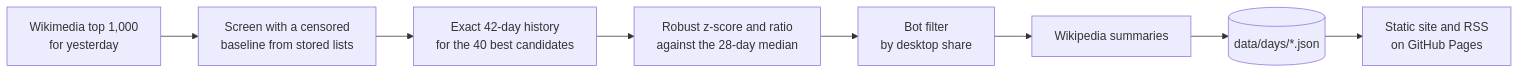
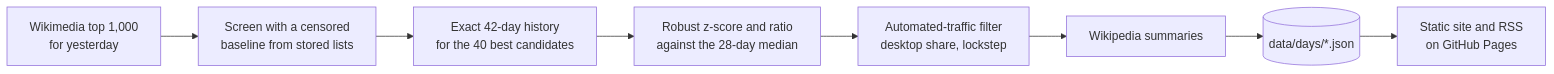
Before and after one commit to NyksNightBender/trend-radar: the diagram in README.md, drawn with Mermaid. The commit also changed other lines of this file and 22 other files, not shown here.

First line of the commit message:
Filter lockstep traffic and retry the API's spurious 404s

````diff
--- a/README.md
+++ b/README.md
@@ -30,10 +30,10 @@
 ```mermaid
 flowchart LR
   A[Wikimedia top 1,000<br/>for yesterday] --> B[Screen with a censored<br/>baseline from stored lists]
   B --> C[Exact 42-day history<br/>for the 40 best candidates]
   C --> D[Robust z-score and ratio<br/>against the 28-day median]
-  D --> E[Bot filter<br/>by desktop share]
+  D --> E[Automated-traffic filter<br/>desktop share, lockstep]
   E --> F[Wikipedia summaries]
   F --> G[(data/days/*.json)]
   G --> H[Static site and RSS<br/>on GitHub Pages]
 ```
````
